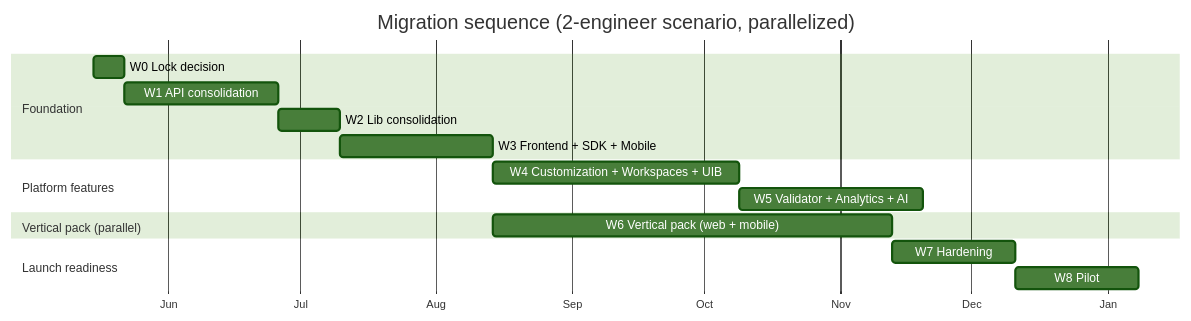
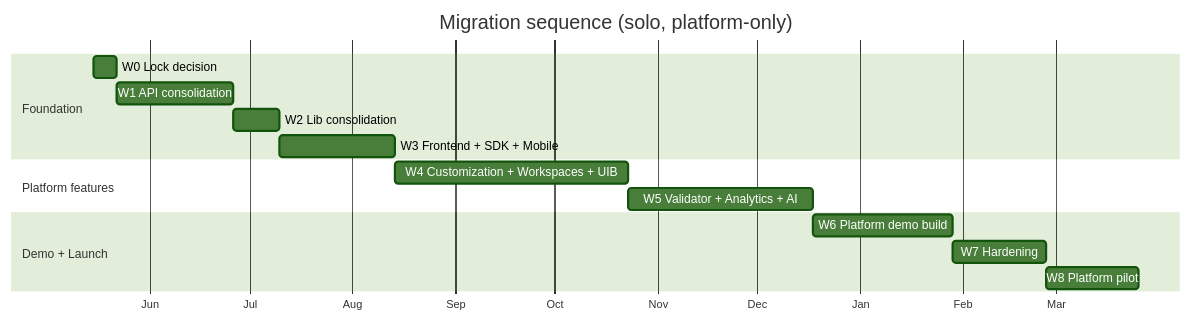
One commit to adi-hw/hubble_wave_master changed the ninth of 9 diagrams in docs/superpowers/specs/2026-05-09-platform-architecture-design.md. Above: the diagram before and after it, drawn with Mermaid (forest theme). The commit also changed other lines of this file and 1 other file, not shown here.

First line of the commit message:
docs(spec): platform architecture design v3 — solo founder, platform-only, AI Code Assistant + full UI Builder

````diff
--- a/docs/superpowers/specs/2026-05-09-platform-architecture-design.md
+++ b/docs/superpowers/specs/2026-05-09-platform-architecture-design.md
@@ -1444,23 +1448,21 @@
 ```mermaid
 gantt
-  title Migration sequence (2-engineer scenario, parallelized)
+  title Migration sequence (solo, platform-only)
   dateFormat YYYY-MM-DD
   axisFormat %b
 
   section Foundation
   W0 Lock decision                   :w0, 2026-05-15, 7d
   W1 API consolidation               :w1, after w0, 35d
   W2 Lib consolidation               :w2, after w1, 14d
   W3 Frontend + SDK + Mobile         :w3, after w2, 35d
 
   section Platform features
-  W4 Customization + Workspaces + UIB:w4, after w3, 56d
-  W5 Validator + Analytics + AI      :w5, after w4, 42d
+  W4 Customization + Workspaces + UIB:w4, after w3, 70d
+  W5 Validator + Analytics + AI      :w5, after w4, 56d
 
-  section Vertical pack (parallel)
-  W6 Vertical pack (web + mobile)    :w6, after w3, 91d
-
-  section Launch readiness
+  section Demo + Launch
+  W6 Platform demo build             :w6, after w5, 42d
   W7 Hardening                       :w7, after w6, 28d
-  W8 Pilot                           :w8, after w7, 28d
+  W8 Platform pilot                  :w8, after w7, 28d
 ```
````
